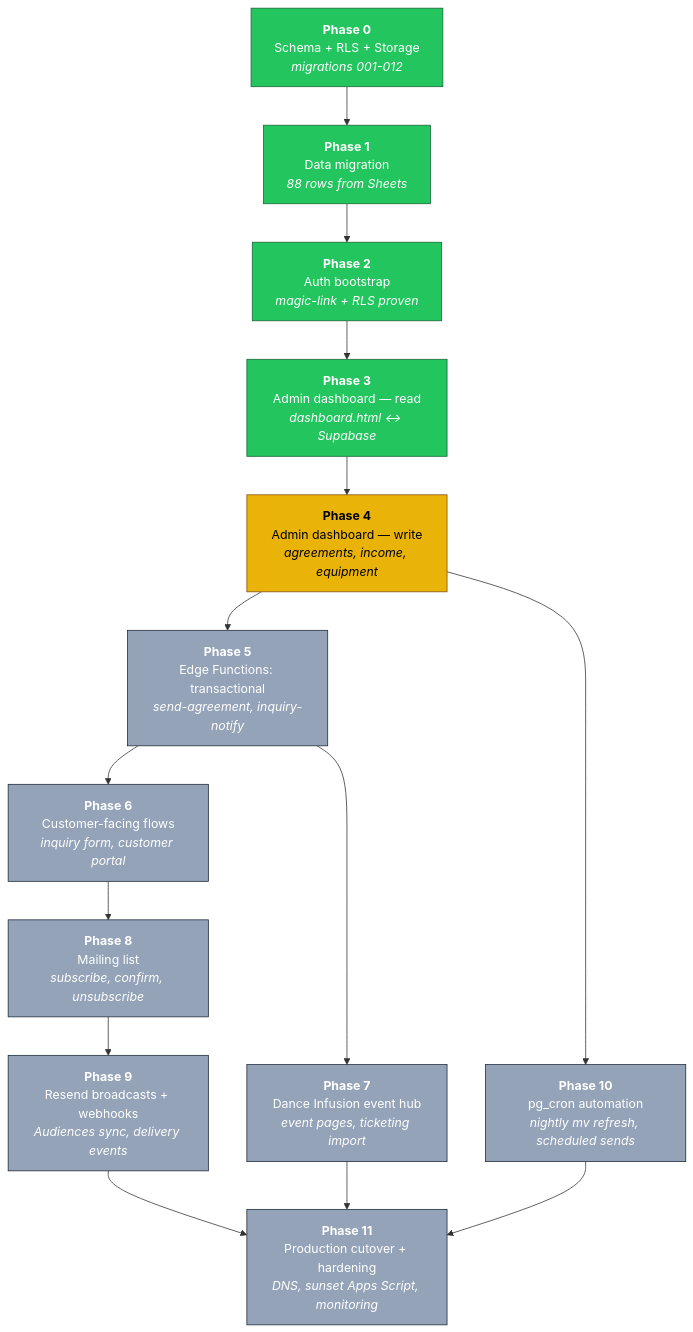
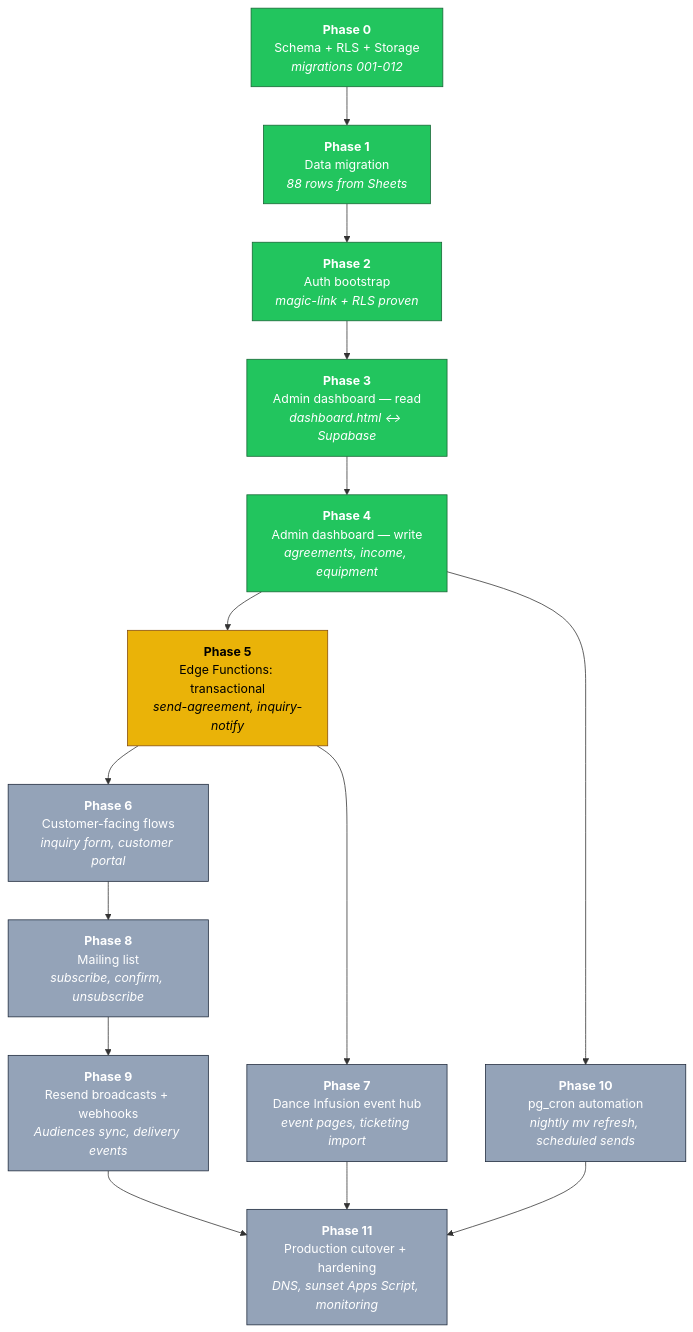
One commit to Berkythe4/comewith changed the first of 2 diagrams in ROADMAP.md. Above: the diagram before and after it, drawn with Mermaid. The commit also changed other lines of this file and 1 other file, not shown here.

Commit message:
Phase 4 close: update roadmap status (P4 done, P5 next)

````diff
--- a/ROADMAP.md
+++ b/ROADMAP.md
@@ -21,33 +21,33 @@
 ```mermaid
 flowchart TD
     classDef done fill:#22c55e,stroke:#166534,color:#fff
     classDef next fill:#eab308,stroke:#854d0e,color:#000
     classDef planned fill:#94a3b8,stroke:#1e293b,color:#fff
 
     P0["<b>Phase 0</b><br/>Schema + RLS + Storage<br/><i>migrations 001-012</i>"]
     P1["<b>Phase 1</b><br/>Data migration<br/><i>88 rows from Sheets</i>"]
     P2["<b>Phase 2</b><br/>Auth bootstrap<br/><i>magic-link + RLS proven</i>"]
     P3["<b>Phase 3</b><br/>Admin dashboard — read<br/><i>dashboard.html ↔ Supabase</i>"]
     P4["<b>Phase 4</b><br/>Admin dashboard — write<br/><i>agreements, income, equipment</i>"]
     P5["<b>Phase 5</b><br/>Edge Functions: transactional<br/><i>send-agreement, inquiry-notify</i>"]
     P6["<b>Phase 6</b><br/>Customer-facing flows<br/><i>inquiry form, customer portal</i>"]
     P7["<b>Phase 7</b><br/>Dance Infusion event hub<br/><i>event pages, ticketing import</i>"]
     P8["<b>Phase 8</b><br/>Mailing list<br/><i>subscribe, confirm, unsubscribe</i>"]
     P9["<b>Phase 9</b><br/>Resend broadcasts + webhooks<br/><i>Audiences sync, delivery events</i>"]
     P10["<b>Phase 10</b><br/>pg_cron automation<br/><i>nightly mv refresh, scheduled sends</i>"]
     P11["<b>Phase 11</b><br/>Production cutover + hardening<br/><i>DNS, sunset Apps Script, monitoring</i>"]
 
     P0 --> P1 --> P2 --> P3 --> P4 --> P5
     P5 --> P6
     P5 --> P7
     P6 --> P8
     P8 --> P9
     P4 --> P10
     P9 --> P11
     P10 --> P11
     P7 --> P11
 
-    class P0,P1,P2,P3 done
-    class P4 next
-    class P5,P6,P7,P8,P9,P10,P11 planned
+    class P0,P1,P2,P3,P4 done
+    class P5 next
+    class P6,P7,P8,P9,P10,P11 planned
 ```
````
